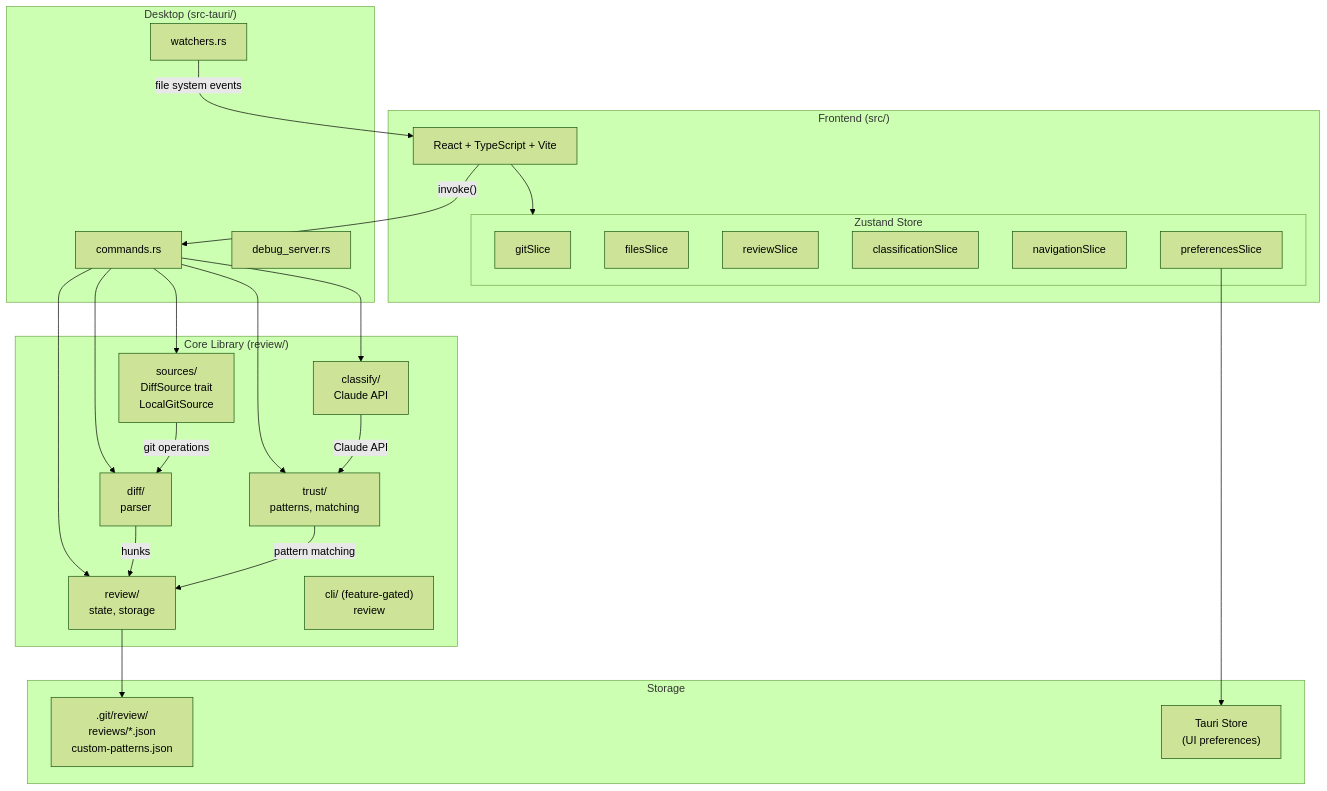
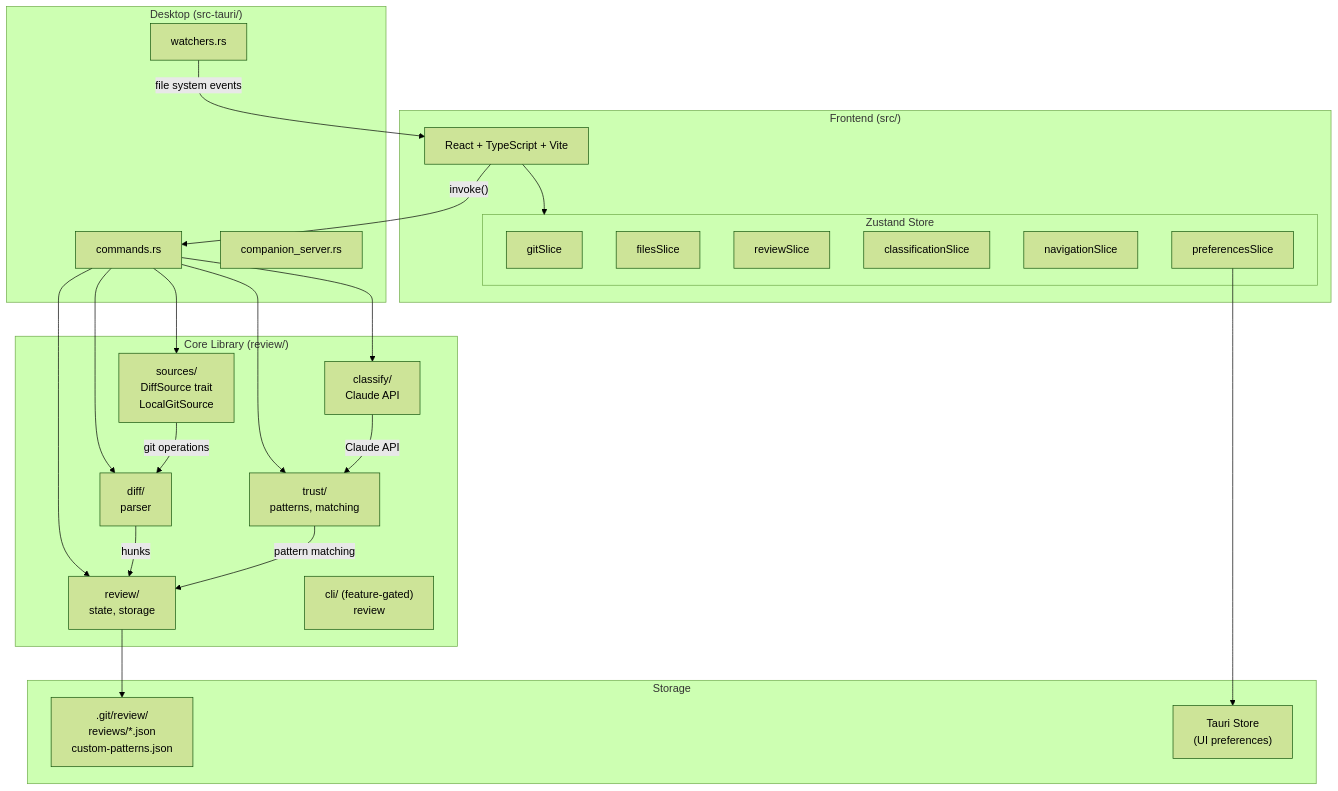
The diagram in README.md (dropseed/review), drawn with Mermaid (forest theme) before and after one commit. The commit also changed 7 other files, not shown here.

First line of the commit message:
Rename debug_server to companion_server to reflect its actual role

````diff
--- a/README.md
+++ b/README.md
@@ -52,61 +52,61 @@
 ```mermaid
 graph TB
     subgraph Frontend["Frontend (src/)"]
         React["React + TypeScript + Vite"]
         subgraph Zustand["Zustand Store"]
             gitSlice["gitSlice"]
             filesSlice["filesSlice"]
             reviewSlice["reviewSlice"]
             classificationSlice["classificationSlice"]
             navigationSlice["navigationSlice"]
             preferencesSlice["preferencesSlice"]
         end
         React --> Zustand
     end
 
     subgraph Desktop["Desktop (src-tauri/)"]
         commands["commands.rs"]
         watchers["watchers.rs"]
-        debug_server["debug_server.rs"]
+        companion_server["companion_server.rs"]
     end
 
     subgraph Core["Core Library (review/)"]
         sources["sources/
         DiffSource trait
         LocalGitSource"]
         diff["diff/
         parser"]
         review["review/
         state, storage"]
         trust["trust/
         patterns, matching"]
         classify["classify/
         Claude API"]
         cli["cli/ (feature-gated)
         review"]
     end
 
     subgraph Storage["Storage"]
         git_review[".git/review/
         reviews/*.json
         custom-patterns.json"]
         tauri_store["Tauri Store
         (UI preferences)"]
     end
 
     React -->|"invoke()"| commands
     commands --> sources
     commands --> diff
     commands --> review
     commands --> trust
     commands --> classify
     watchers -->|"file system events"| React
 
     sources -->|"git operations"| diff
     diff -->|"hunks"| review
     trust -->|"pattern matching"| review
     classify -->|"Claude API"| trust
 
     review --> git_review
     preferencesSlice --> tauri_store
 ```
````
